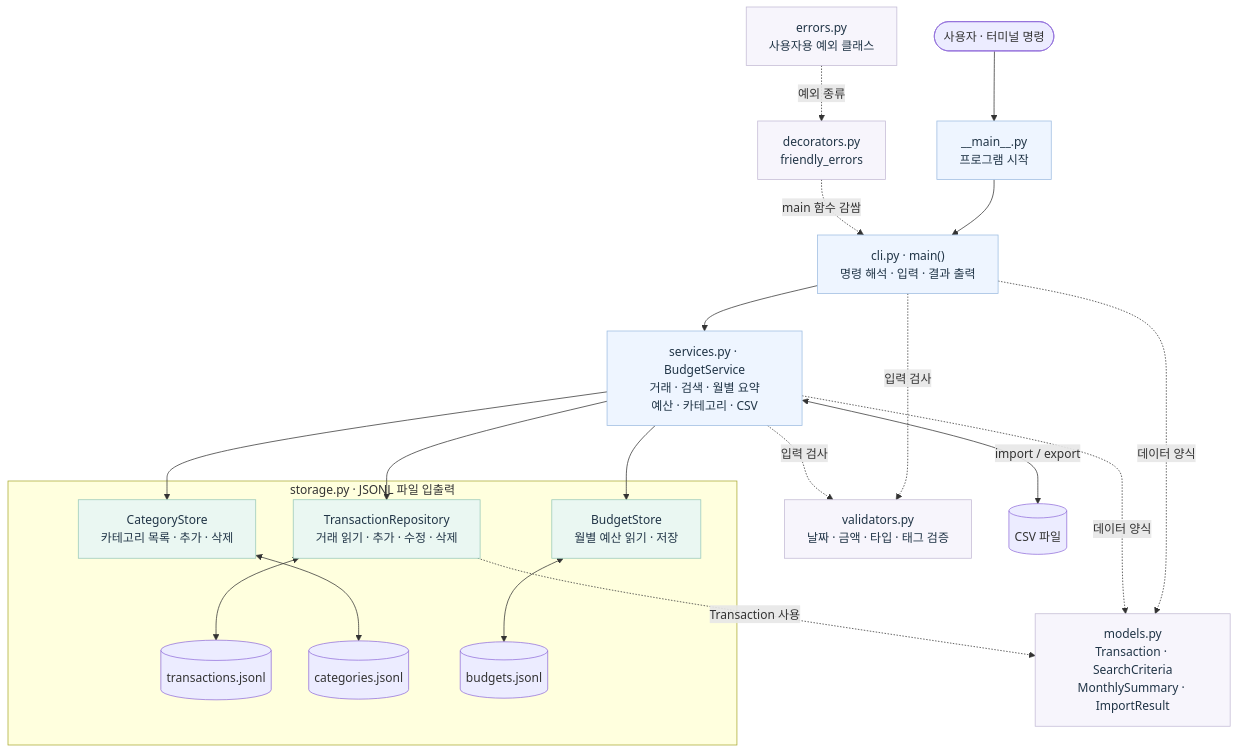
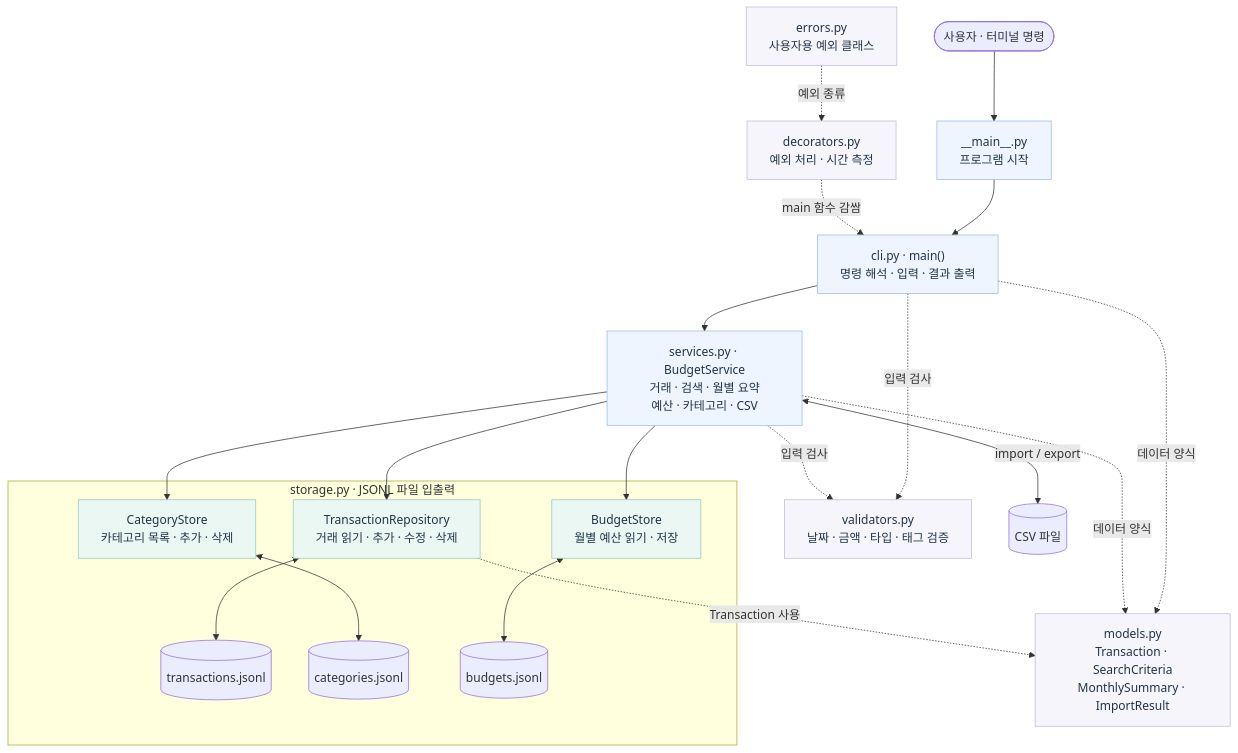
One commit to tjdgns6427-ops/mission2-1 changed the diagram in README.md. Above: the diagram before and after it, drawn with Mermaid. The commit also changed other lines of this file and 6 other files, not shown here.

````diff
--- a/README.md
+++ b/README.md
@@ -70,34 +70,34 @@
 ```mermaid
 flowchart TB
     USER([사용자 · 터미널 명령]) --> MAIN["__main__.py<br/>프로그램 시작"]
     MAIN --> CLI["cli.py · main()<br/>명령 해석 · 입력 · 결과 출력"]
     CLI --> SERVICE["services.py · BudgetService<br/>거래 · 검색 · 월별 요약<br/>예산 · 카테고리 · CSV"]
 
-    ERRORS["errors.py<br/>사용자용 예외 클래스"] -. 예외 종류 .-> DECORATOR["decorators.py<br/>friendly_errors"]
+    ERRORS["errors.py<br/>사용자용 예외 클래스"] -. 예외 종류 .-> DECORATOR["decorators.py<br/>예외 처리 · 시간 측정"]
     DECORATOR -. main 함수 감쌈 .-> CLI
     CLI -. 입력 검사 .-> VALIDATORS["validators.py<br/>날짜 · 금액 · 타입 · 태그 검증"]
     SERVICE -. 입력 검사 .-> VALIDATORS
     CLI -. 데이터 양식 .-> MODELS["models.py<br/>Transaction · SearchCriteria<br/>MonthlySummary · ImportResult"]
     SERVICE -. 데이터 양식 .-> MODELS
     SERVICE <-->|import / export| CSV[(CSV 파일)]
 
     subgraph STORAGE["storage.py · JSONL 파일 입출력"]
         TX["TransactionRepository<br/>거래 읽기 · 추가 · 수정 · 삭제"]
         CAT["CategoryStore<br/>카테고리 목록 · 추가 · 삭제"]
         BUD["BudgetStore<br/>월별 예산 읽기 · 저장"]
         TX <--> TXFILE[(transactions.jsonl)]
         CAT <--> CATFILE[(categories.jsonl)]
         BUD <--> BUDFILE[(budgets.jsonl)]
     end
     SERVICE --> TX
     SERVICE --> CAT
     SERVICE --> BUD
     TX -. Transaction 사용 .-> MODELS
 
     classDef primary fill:#eef5ff,stroke:#9dbce1,color:#213547;
     classDef helper fill:#f7f5fc,stroke:#c3bbd5,color:#213547;
     classDef store fill:#eaf7f2,stroke:#99c9b8,color:#213547;
     class MAIN,CLI,SERVICE primary;
     class ERRORS,DECORATOR,VALIDATORS,MODELS helper;
     class TX,CAT,BUD store;
 ```
````
